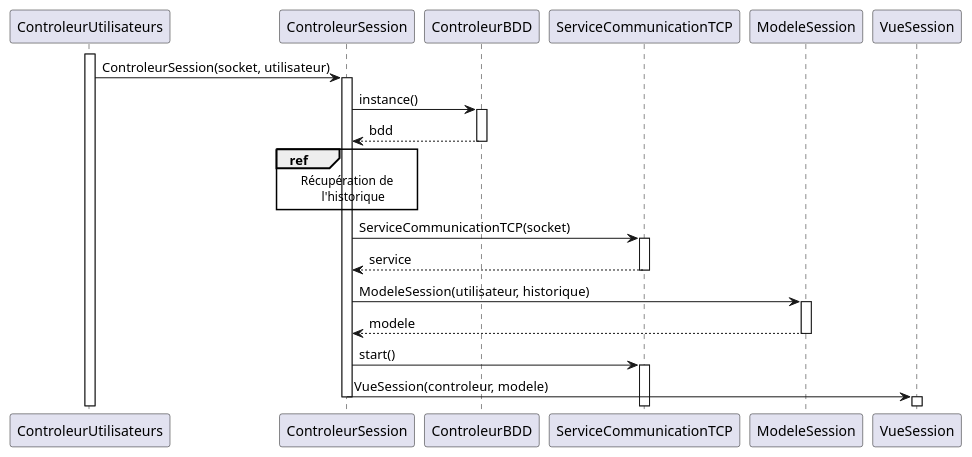
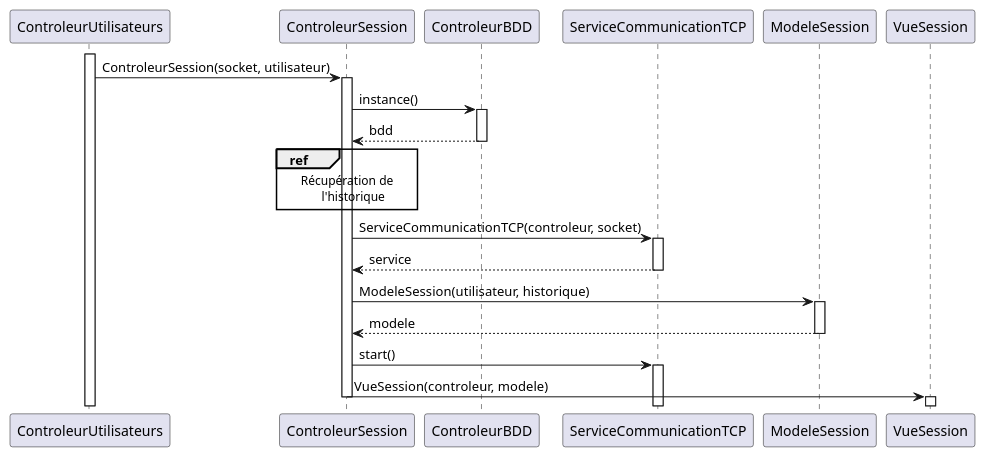
One commit to arc-hugo/clavardage_uml changed the diagram in sequence/creation_session.wsd. Above: the diagram before and after it, drawn with PlantUML. The commit also changed 3 other files, not shown here.

```diff
--- a/sequence/creation_session.wsd
+++ b/sequence/creation_session.wsd
@@ -1,26 +1,26 @@
 @startuml creation_session
 activate ControleurUtilisateurs
 ControleurUtilisateurs -> ControleurSession : ControleurSession(socket, utilisateur)
 activate ControleurSession
 ControleurSession -> ControleurBDD : instance()
 activate ControleurBDD
 ControleurBDD --> ControleurSession : bdd
 deactivate
 ref over ControleurSession
     Récupération de
         l'historique
 end ref
-ControleurSession -> ServiceCommunicationTCP : ServiceCommunicationTCP(socket)
+ControleurSession -> ServiceCommunicationTCP : ServiceCommunicationTCP(controleur, socket)
 activate ServiceCommunicationTCP
 ServiceCommunicationTCP --> ControleurSession : service
 deactivate ServiceCommunicationTCP
 ControleurSession -> ModeleSession : ModeleSession(utilisateur, historique)
 activate ModeleSession
 ModeleSession --> ControleurSession : modele
 deactivate ModeleSession
 ControleurSession -> ServiceCommunicationTCP : start()
 activate ServiceCommunicationTCP
 ControleurSession -> VueSession : VueSession(controleur, modele)
 deactivate ControleurSession
 activate VueSession
 @enduml
```
